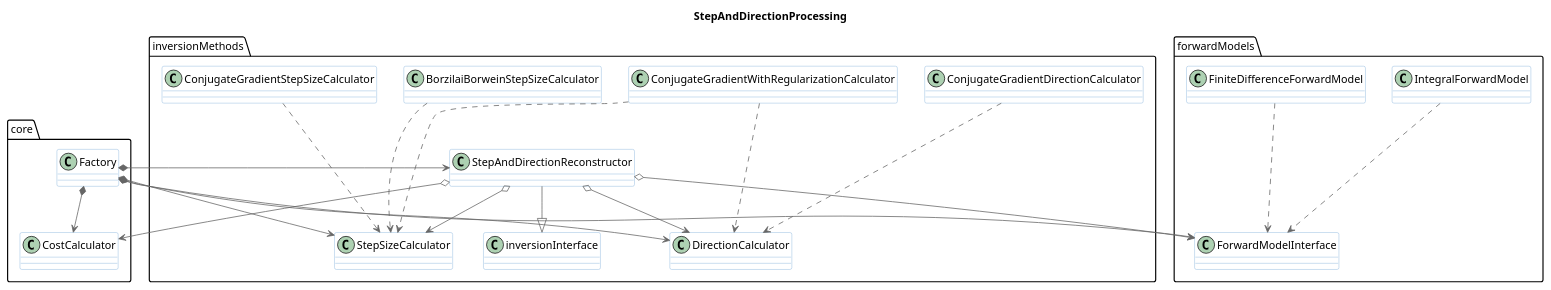
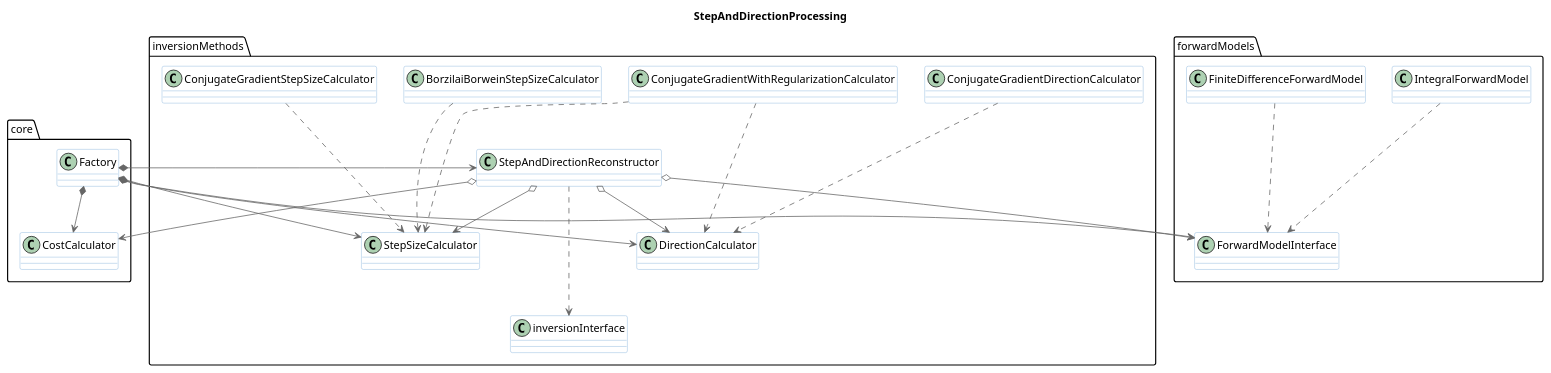
The diagram in doc/diagrams/StepAndDirectionProcessing.plantuml (ssathyadevan/fwi), drawn with PlantUML before and after one commit.

Commit message:
Task #15501: Diagram(s) has been updated again.

```diff
--- a/doc/diagrams/StepAndDirectionProcessing.plantuml
+++ b/doc/diagrams/StepAndDirectionProcessing.plantuml
@@ -2,53 +2,53 @@
 @startuml StepAndDirectionProcessing
 !includeurl https://raw.githubusercontent.com/RicardoNiepel/C4-PlantUML/release/1-0/C4_Component.puml
 
 skinparam class {
     StereotypeFontColor ELEMENT_FONT_COLOR
     FontColor #000000
     BackgroundColor COMPONENT_BG_COLOR
     BorderColor #78A8D8
 }
 
 title StepAndDirectionProcessing
 
 set namespaceSeparator ::
 
 class core::Factory
 class core::CostCalculator
 
 class forwardModels::ForwardModelInterface
 class forwardModels::IntegralForwardModel
 class forwardModels::FiniteDifferenceForwardModel
 
 class inversionMethods::StepAndDirectionReconstructor
 class inversionMethods::DirectionCalculator
 class inversionMethods::StepSizeCalculator
 class inversionMethods::inversionInterface
 class inversionMethods::ConjugateGradientDirectionCalculator
 class inversionMethods::ConjugateGradientStepSizeCalculator
 class inversionMethods::BorzilaiBorweinStepSizeCalculator
 class inversionMethods::ConjugateGradientWithRegularizationCalculator
 
 core::Factory *--> inversionMethods::StepAndDirectionReconstructor
 core::Factory *--> forwardModels::ForwardModelInterface
 core::Factory *--> core::CostCalculator
 core::Factory *--> inversionMethods::DirectionCalculator
 core::Factory *--> inversionMethods::StepSizeCalculator
 
 forwardModels::IntegralForwardModel .--> forwardModels::ForwardModelInterface
 forwardModels::FiniteDifferenceForwardModel .--> forwardModels::ForwardModelInterface
 
-inversionMethods::StepAndDirectionReconstructor --|> inversionMethods::inversionInterface
+inversionMethods::StepAndDirectionReconstructor .--> inversionMethods::inversionInterface
 inversionMethods::StepAndDirectionReconstructor o--> core::CostCalculator
 inversionMethods::StepAndDirectionReconstructor o--> forwardModels::ForwardModelInterface
 
 inversionMethods::StepAndDirectionReconstructor o--> inversionMethods::DirectionCalculator 
 inversionMethods::StepAndDirectionReconstructor o--> inversionMethods::StepSizeCalculator
 
 inversionMethods::ConjugateGradientDirectionCalculator .--> inversionMethods::DirectionCalculator
 inversionMethods::ConjugateGradientStepSizeCalculator .--> inversionMethods::StepSizeCalculator
 inversionMethods::BorzilaiBorweinStepSizeCalculator .--> inversionMethods::StepSizeCalculator
 
 inversionMethods::ConjugateGradientWithRegularizationCalculator .--> inversionMethods::DirectionCalculator
 inversionMethods::ConjugateGradientWithRegularizationCalculator .--> inversionMethods::StepSizeCalculator
 @enduml
```
